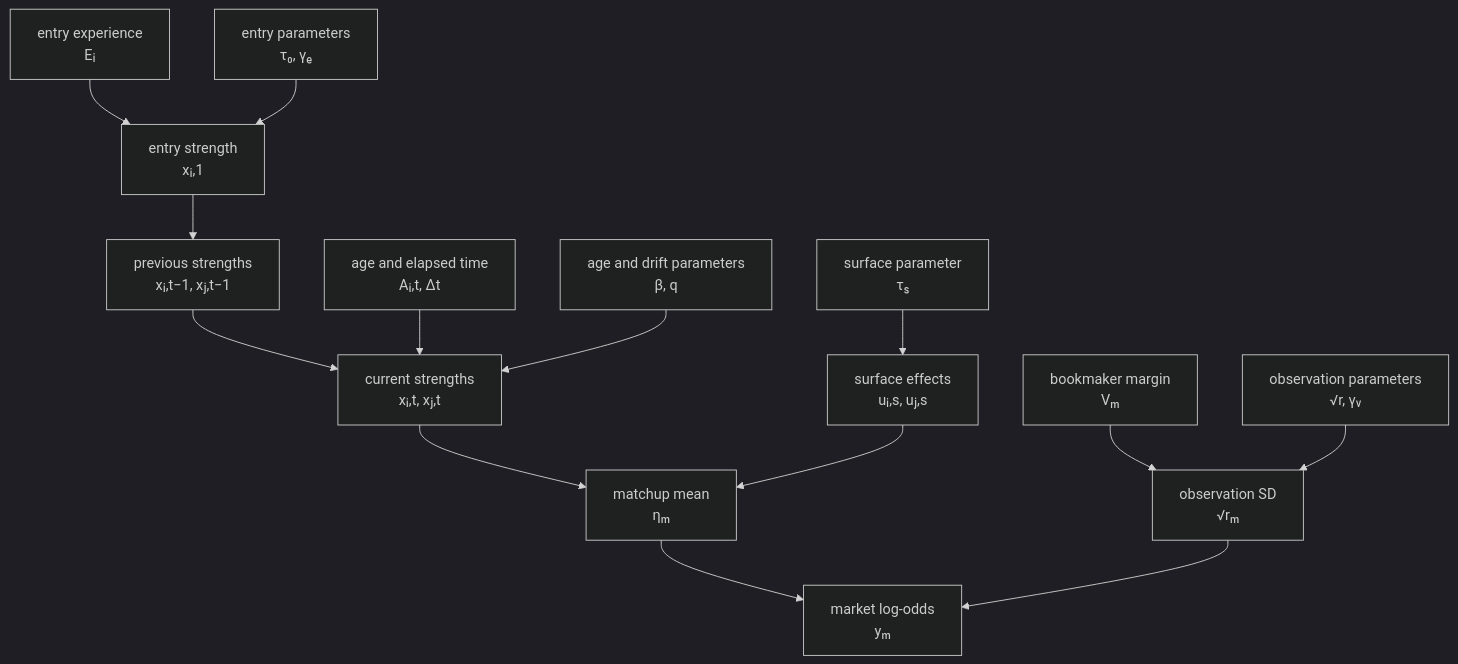
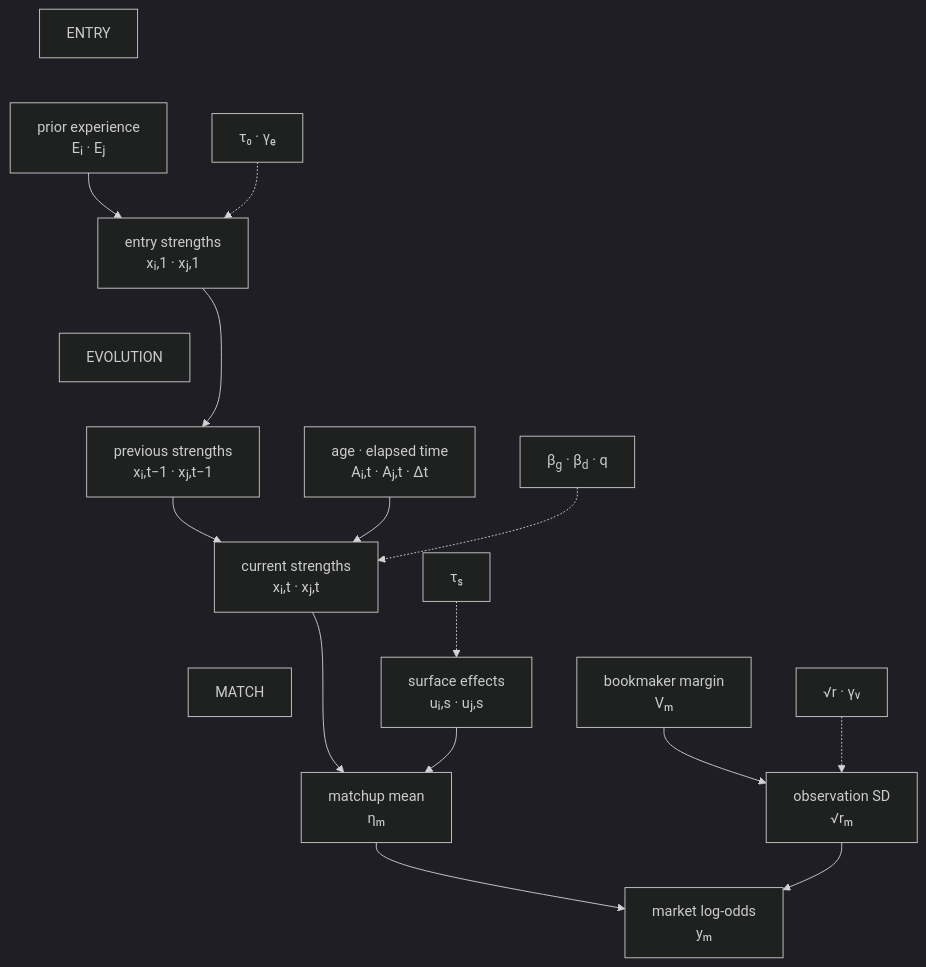
Before and after one commit to spazznolo/spazznolo.github.io: the diagram in tennis/model/index.qmd, drawn with Mermaid (dark theme). The commit also changed 2 other files, not shown here.

Commit message:
Refine WTA model navigation and diagram

````diff
--- a/tennis/model/index.qmd
+++ b/tennis/model/index.qmd
@@ -90,21 +90,28 @@
 ```{mermaid}
 flowchart TB
-  experience["entry experience<br/>Eᵢ"] --> initial["entry strength<br/>xᵢ,1"]
-  entry["entry parameters<br/>τ₀, γₑ"] --> initial
+  entry_stage["ENTRY"] ~~~ experience["prior experience<br/>Eᵢ · Eⱼ"]
+  experience --> initial["entry strengths<br/>xᵢ,1 · xⱼ,1"]
+  entry_parameters["τ₀ · γₑ"] -.-> initial
 
-  initial --> history["previous strengths<br/>xᵢ,t−1, xⱼ,t−1"]
-  history --> strength["current strengths<br/>xᵢ,t, xⱼ,t"]
-  age["age and elapsed time<br/>Aᵢ,t, Δt"] --> strength
-  drift["age and drift parameters<br/>β, q"] --> strength
+  initial ~~~ evolution_stage["EVOLUTION"]
+  evolution_stage ~~~ history["previous strengths<br/>xᵢ,t−1 · xⱼ,t−1"]
+  initial --> history
+  history --> strength["current strengths<br/>xᵢ,t · xⱼ,t"]
+  age["age · elapsed time<br/>Aᵢ,t · Aⱼ,t · Δt"] --> strength
+  drift_parameters["β<sub>g</sub> · β<sub>d</sub> · q"] -.-> strength
 
-  surface["surface parameter<br/>τₛ"] --> effects["surface effects<br/>uᵢ,s, uⱼ,s"]
-
-  strength --> matchup["matchup mean<br/>ηₘ"]
-  effects --> matchup
-
-  margin["bookmaker margin<br/>Vₘ"] --> noise["observation SD<br/>√rₘ"]
-  observation["observation parameters<br/>√r, γᵥ"] --> noise
+  strength ~~~ match_stage["MATCH"]
+  match_stage ~~~ matchup["matchup mean<br/>ηₘ"]
+  strength --> matchup
+  effects["surface effects<br/>uᵢ,s · uⱼ,s"] --> matchup
+  surface_parameter["τₛ"] -.-> effects
 
   matchup --> price["market log-odds<br/>yₘ"]
+  margin["bookmaker margin<br/>Vₘ"] --> noise["observation SD<br/>√rₘ"]
+  observation_parameters["√r · γᵥ"] -.-> noise
   noise --> price
+
+  class entry_stage,evolution_stage,match_stage phase
+  class experience,age,margin observed
+  class entry_parameters,drift_parameters,surface_parameter,observation_parameters parameter
 ```
````
